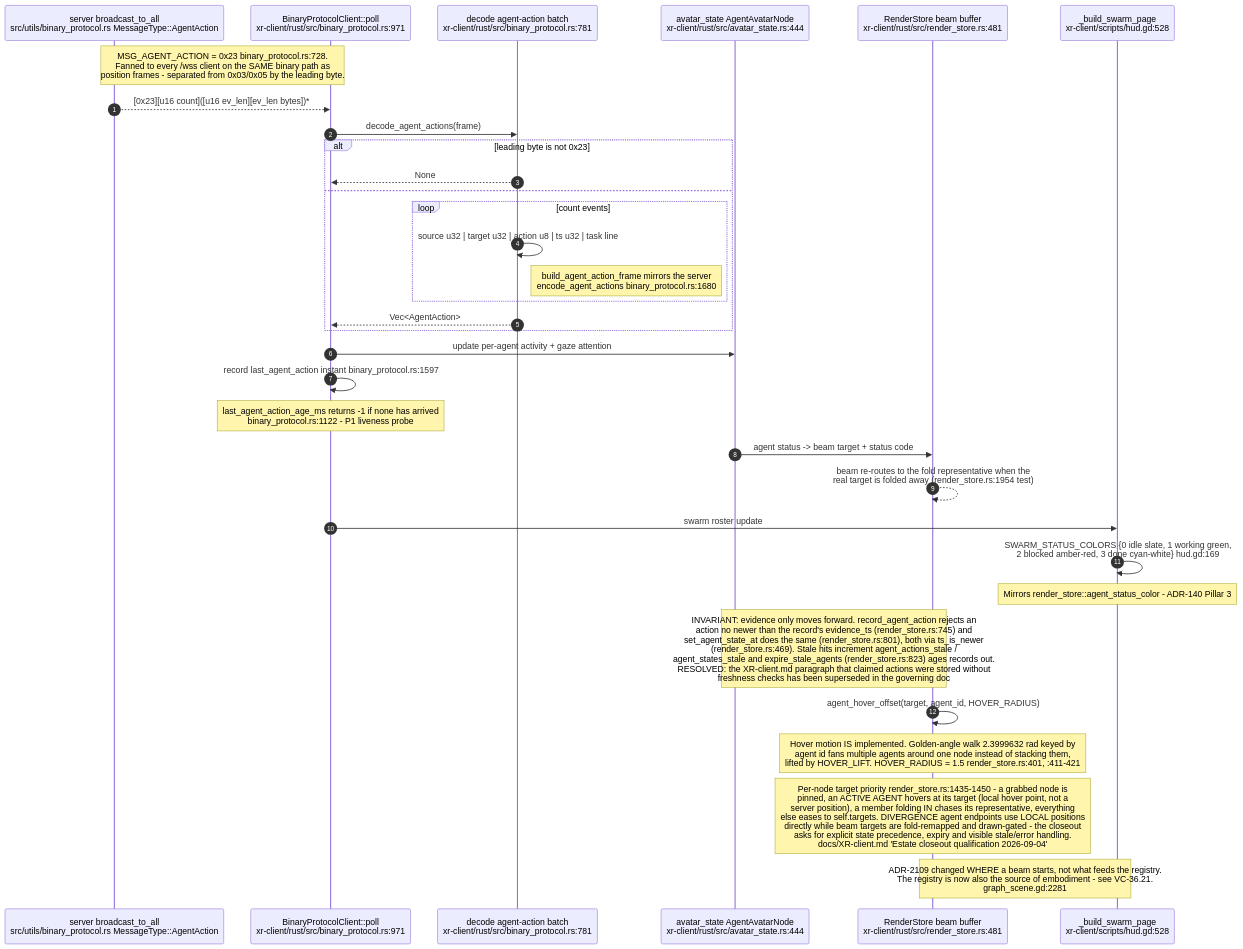
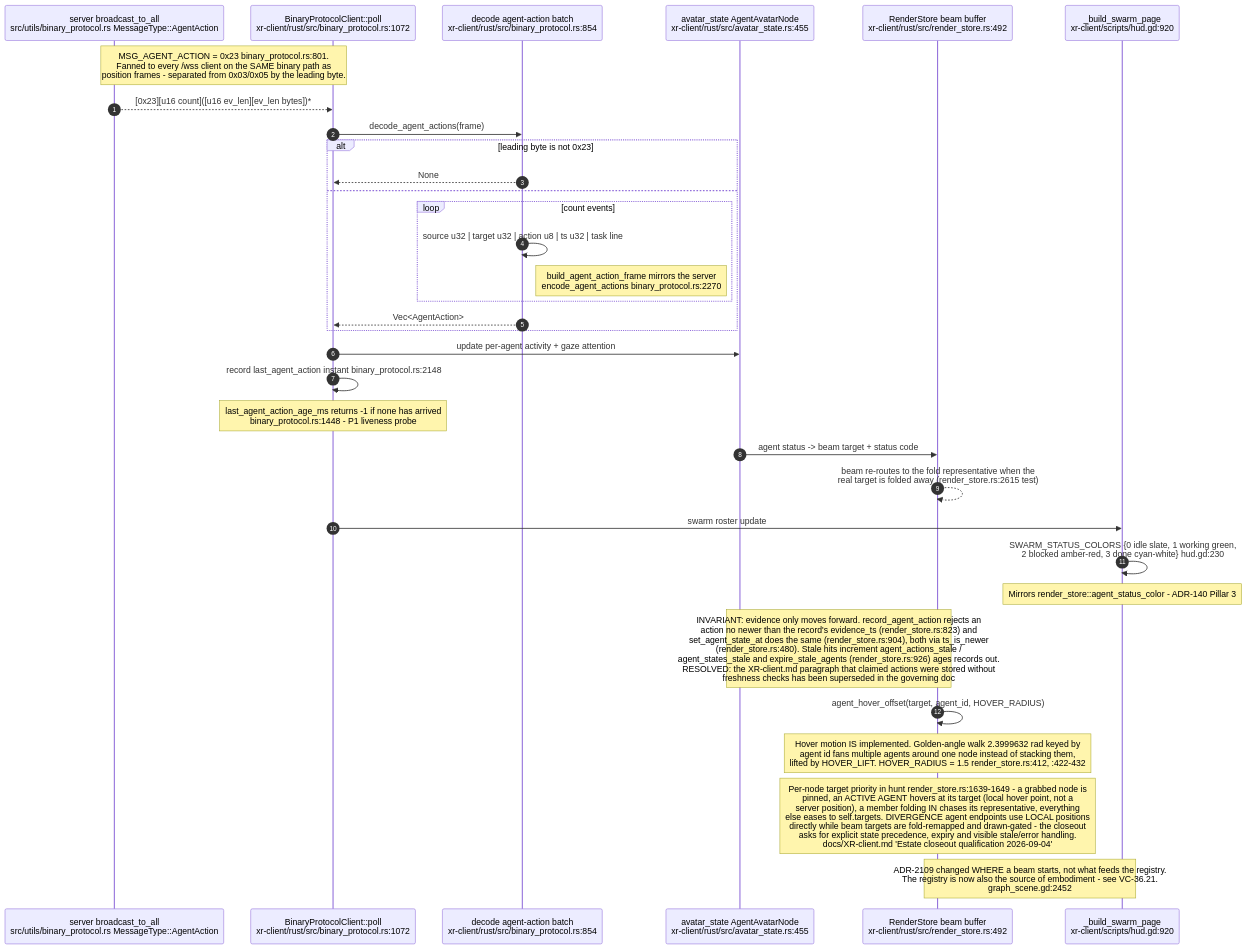
One commit to DreamLab-AI/VisionFlow changed the ninth of 26 diagrams in docs/diagrams/visionclaw/36-godot-xr-client.md. Above: the diagram before and after it, drawn with Mermaid. The commit also changed other lines of this file and 26 other files, not shown here.

First line of the commit message:
docs(diagrams): re-verify solid-pod-rs, nostr-rust-forum and visionclaw 22/36 against HEAD

````diff
--- a/docs/diagrams/visionclaw/36-godot-xr-client.md
+++ b/docs/diagrams/visionclaw/36-godot-xr-client.md
@@ -418,36 +447,36 @@
 ```mermaid
 sequenceDiagram
     autonumber
     participant SV as server broadcast_to_all<br/>src/utils/binary_protocol.rs MessageType::AgentAction
-    participant BP as BinaryProtocolClient::poll<br/>xr-client/rust/src/binary_protocol.rs:971
-    participant DA as decode agent-action batch<br/>xr-client/rust/src/binary_protocol.rs:781
-    participant AS as avatar_state AgentAvatarNode<br/>xr-client/rust/src/avatar_state.rs:444
-    participant RS as RenderStore beam buffer<br/>xr-client/rust/src/render_store.rs:481
-    participant HD as _build_swarm_page<br/>xr-client/scripts/hud.gd:528
+    participant BP as BinaryProtocolClient::poll<br/>xr-client/rust/src/binary_protocol.rs:1072
+    participant DA as decode agent-action batch<br/>xr-client/rust/src/binary_protocol.rs:854
+    participant AS as avatar_state AgentAvatarNode<br/>xr-client/rust/src/avatar_state.rs:455
+    participant RS as RenderStore beam buffer<br/>xr-client/rust/src/render_store.rs:492
+    participant HD as _build_swarm_page<br/>xr-client/scripts/hud.gd:920
 
-    Note over SV,BP: MSG_AGENT_ACTION = 0x23 binary_protocol.rs:728.<br/>Fanned to every /wss client on the SAME binary path as<br/>position frames - separated from 0x03/0x05 by the leading byte.
+    Note over SV,BP: MSG_AGENT_ACTION = 0x23 binary_protocol.rs:801.<br/>Fanned to every /wss client on the SAME binary path as<br/>position frames - separated from 0x03/0x05 by the leading byte.
     SV-->>BP: [0x23][u16 count]([u16 ev_len][ev_len bytes])*
     BP->>DA: decode_agent_actions(frame)
     alt leading byte is not 0x23
         DA-->>BP: None
     else
         loop count events
             DA->>DA: source u32 | target u32 | action u8 | ts u32 | task line
-            Note right of DA: build_agent_action_frame mirrors the server<br/>encode_agent_actions binary_protocol.rs:1680
+            Note right of DA: build_agent_action_frame mirrors the server<br/>encode_agent_actions binary_protocol.rs:2270
         end
         DA-->>BP: Vec<AgentAction>
     end
     BP->>AS: update per-agent activity + gaze attention
-    BP->>BP: record last_agent_action instant binary_protocol.rs:1597
-    Note over BP: last_agent_action_age_ms returns -1 if none has arrived<br/>binary_protocol.rs:1122 - P1 liveness probe
+    BP->>BP: record last_agent_action instant binary_protocol.rs:2148
+    Note over BP: last_agent_action_age_ms returns -1 if none has arrived<br/>binary_protocol.rs:1448 - P1 liveness probe
     AS->>RS: agent status -> beam target + status code
-    RS-->>RS: beam re-routes to the fold representative when the<br/>real target is folded away (render_store.rs:1954 test)
+    RS-->>RS: beam re-routes to the fold representative when the<br/>real target is folded away (render_store.rs:2615 test)
     BP->>HD: swarm roster update
-    HD->>HD: SWARM_STATUS_COLORS {0 idle slate, 1 working green,<br/>2 blocked amber-red, 3 done cyan-white} hud.gd:169
+    HD->>HD: SWARM_STATUS_COLORS {0 idle slate, 1 working green,<br/>2 blocked amber-red, 3 done cyan-white} hud.gd:230
     Note over HD: Mirrors render_store::agent_status_color - ADR-140 Pillar 3
-    Note over AS,RS: INVARIANT: evidence only moves forward. record_agent_action rejects an<br/>action no newer than the record's evidence_ts (render_store.rs:745) and<br/>set_agent_state_at does the same (render_store.rs:801), both via ts_is_newer<br/>(render_store.rs:469). Stale hits increment agent_actions_stale /<br/>agent_states_stale and expire_stale_agents (render_store.rs:823) ages records out.<br/>RESOLVED: the XR-client.md paragraph that claimed actions were stored without<br/>freshness checks has been superseded in the governing doc
+    Note over AS,RS: INVARIANT: evidence only moves forward. record_agent_action rejects an<br/>action no newer than the record's evidence_ts (render_store.rs:823) and<br/>set_agent_state_at does the same (render_store.rs:904), both via ts_is_newer<br/>(render_store.rs:480). Stale hits increment agent_actions_stale /<br/>agent_states_stale and expire_stale_agents (render_store.rs:926) ages records out.<br/>RESOLVED: the XR-client.md paragraph that claimed actions were stored without<br/>freshness checks has been superseded in the governing doc
     RS->>RS: agent_hover_offset(target, agent_id, HOVER_RADIUS)
-    Note over RS: Hover motion IS implemented. Golden-angle walk 2.3999632 rad keyed by<br/>agent id fans multiple agents around one node instead of stacking them,<br/>lifted by HOVER_LIFT. HOVER_RADIUS = 1.5 render_store.rs:401, :411-421
-    Note over RS: Per-node target priority render_store.rs:1435-1450 - a grabbed node is<br/>pinned, an ACTIVE AGENT hovers at its target (local hover point, not a<br/>server position), a member folding IN chases its representative, everything<br/>else eases to self.targets. DIVERGENCE agent endpoints use LOCAL positions<br/>directly while beam targets are fold-remapped and drawn-gated - the closeout<br/>asks for explicit state precedence, expiry and visible stale/error handling.<br/>docs/XR-client.md 'Estate closeout qualification 2026-09-04'
-    Note over RS,HD: ADR-2109 changed WHERE a beam starts, not what feeds the registry.<br/>The registry is now also the source of embodiment - see VC-36.21.<br/>graph_scene.gd:2281
+    Note over RS: Hover motion IS implemented. Golden-angle walk 2.3999632 rad keyed by<br/>agent id fans multiple agents around one node instead of stacking them,<br/>lifted by HOVER_LIFT. HOVER_RADIUS = 1.5 render_store.rs:412, :422-432
+    Note over RS: Per-node target priority in hunt render_store.rs:1639-1649 - a grabbed node is<br/>pinned, an ACTIVE AGENT hovers at its target (local hover point, not a<br/>server position), a member folding IN chases its representative, everything<br/>else eases to self.targets. DIVERGENCE agent endpoints use LOCAL positions<br/>directly while beam targets are fold-remapped and drawn-gated - the closeout<br/>asks for explicit state precedence, expiry and visible stale/error handling.<br/>docs/XR-client.md 'Estate closeout qualification 2026-09-04'
+    Note over RS,HD: ADR-2109 changed WHERE a beam starts, not what feeds the registry.<br/>The registry is now also the source of embodiment - see VC-36.21.<br/>graph_scene.gd:2452
 ```
````
